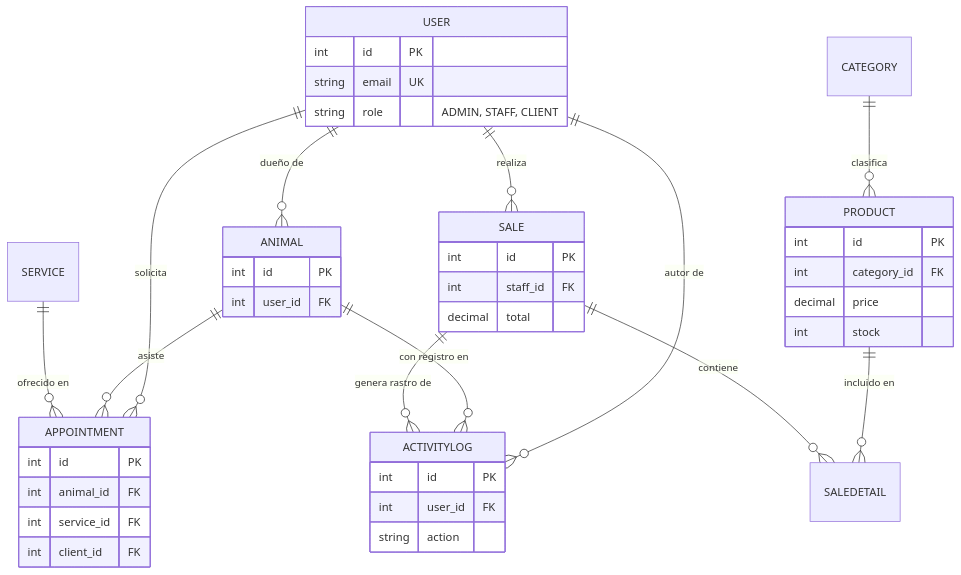
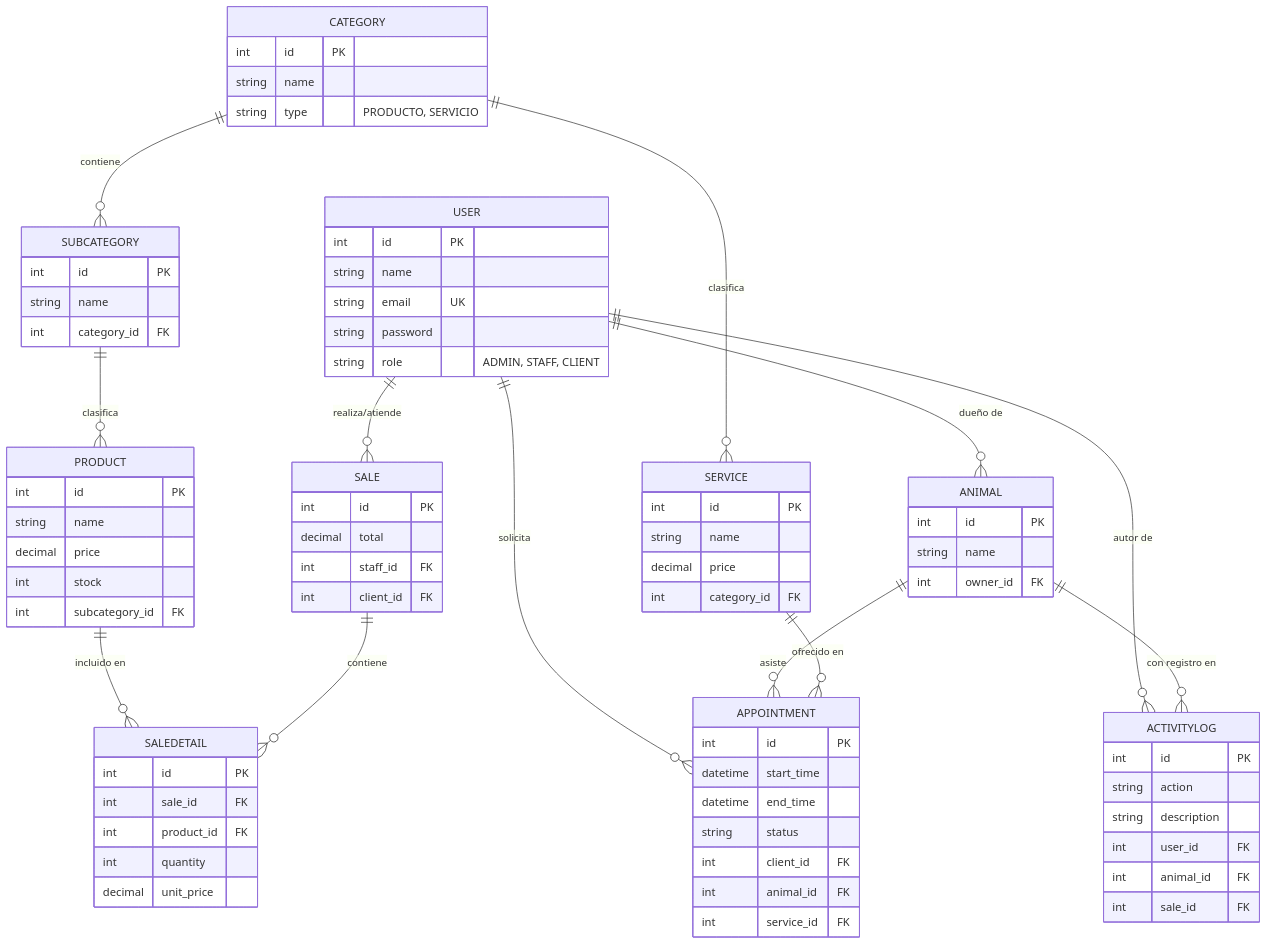
Before and after one commit to estilozap7-ctrl/pulguitas: the diagram in documentacion_db.md, drawn with Mermaid. The commit also changed other lines of this file and 7485 other files, not shown here.

````diff
--- a/documentacion_db.md
+++ b/documentacion_db.md
@@ -37,46 +38,95 @@
 ```mermaid
 erDiagram
+    USER ||--o{ ANIMAL : "dueño de"
+    USER ||--o{ APPOINTMENT : "solicita"
+    USER ||--o{ SALE : "realiza/atiende"
+    USER ||--o{ ACTIVITYLOG : "autor de"
+    
+    ANIMAL ||--o{ APPOINTMENT : "asiste"
+    ANIMAL ||--o{ ACTIVITYLOG : "con registro en"
+    
+    CATEGORY ||--o{ SUBCATEGORY : "contiene"
+    CATEGORY ||--o{ SERVICE : "clasifica"
+    
+    SUBCATEGORY ||--o{ PRODUCT : "clasifica"
+    
+    PRODUCT ||--o{ SALEDETAIL : "incluido en"
+    SALE ||--o{ SALEDETAIL : "contiene"
+    
+    SERVICE ||--o{ APPOINTMENT : "ofrecido en"
+    
     USER {
         int id PK
+        string name
         string email UK
+        string password
         string role "ADMIN, STAFF, CLIENT"
     }
+    
     ANIMAL {
         int id PK
-        int user_id FK
+        string name
+        int owner_id FK
     }
+    
+    CATEGORY {
+        int id PK
+        string name
+        string type "PRODUCTO, SERVICIO"
+    }
+    
+    SUBCATEGORY {
+        int id PK
+        string name
+        int category_id FK
+    }
+    
+    PRODUCT {
+        int id PK
+        string name
+        decimal price
+        int stock
+        int subcategory_id FK
+    }
+    
+    SERVICE {
+        int id PK
+        string name
+        decimal price
+        int category_id FK
+    }
+    
     APPOINTMENT {
         int id PK
+        datetime start_time
+        datetime end_time
+        string status
+        int client_id FK
         int animal_id FK
         int service_id FK
+    }
+    
+    SALE {
+        int id PK
+        decimal total
+        int staff_id FK
         int client_id FK
     }
-    PRODUCT {
+    
+    SALEDETAIL {
         int id PK
-        int category_id FK
-        decimal price
-        int stock
+        int sale_id FK
+        int product_id FK
+        int quantity
+        decimal unit_price
     }
-    SALE {
-        int id PK
-        int staff_id FK
-        decimal total
-    }
+    
     ACTIVITYLOG {
         int id PK
+        string action
+        string description
         int user_id FK
-        string action
+        int animal_id FK
+        int sale_id FK
     }
-
-    USER ||--o{ ANIMAL : "dueño de"
-    USER ||--o{ APPOINTMENT : "solicita"
-    USER ||--o{ SALE : "realiza"
-    USER ||--o{ ACTIVITYLOG : "autor de"
-    ANIMAL ||--o{ APPOINTMENT : "asiste"
-    ANIMAL ||--o{ ACTIVITYLOG : "con registro en"
-    SERVICE ||--o{ APPOINTMENT : "ofrecido en"
-    CATEGORY ||--o{ PRODUCT : "clasifica"
-    PRODUCT ||--o{ SALEDETAIL : "incluido en"
-    SALE ||--o{ SALEDETAIL : "contiene"
-    SALE ||--o{ ACTIVITYLOG : "genera rastro de"
 ```
````
